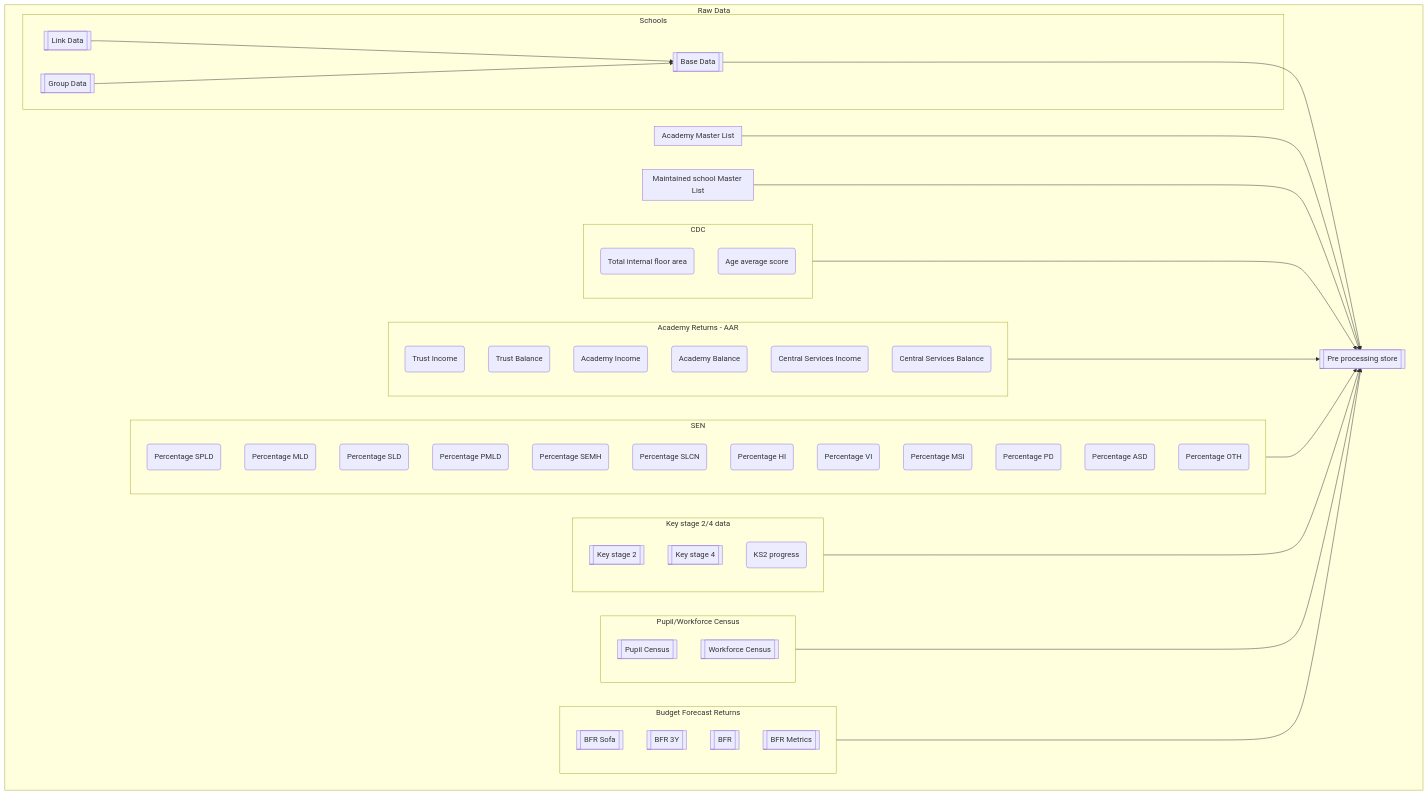
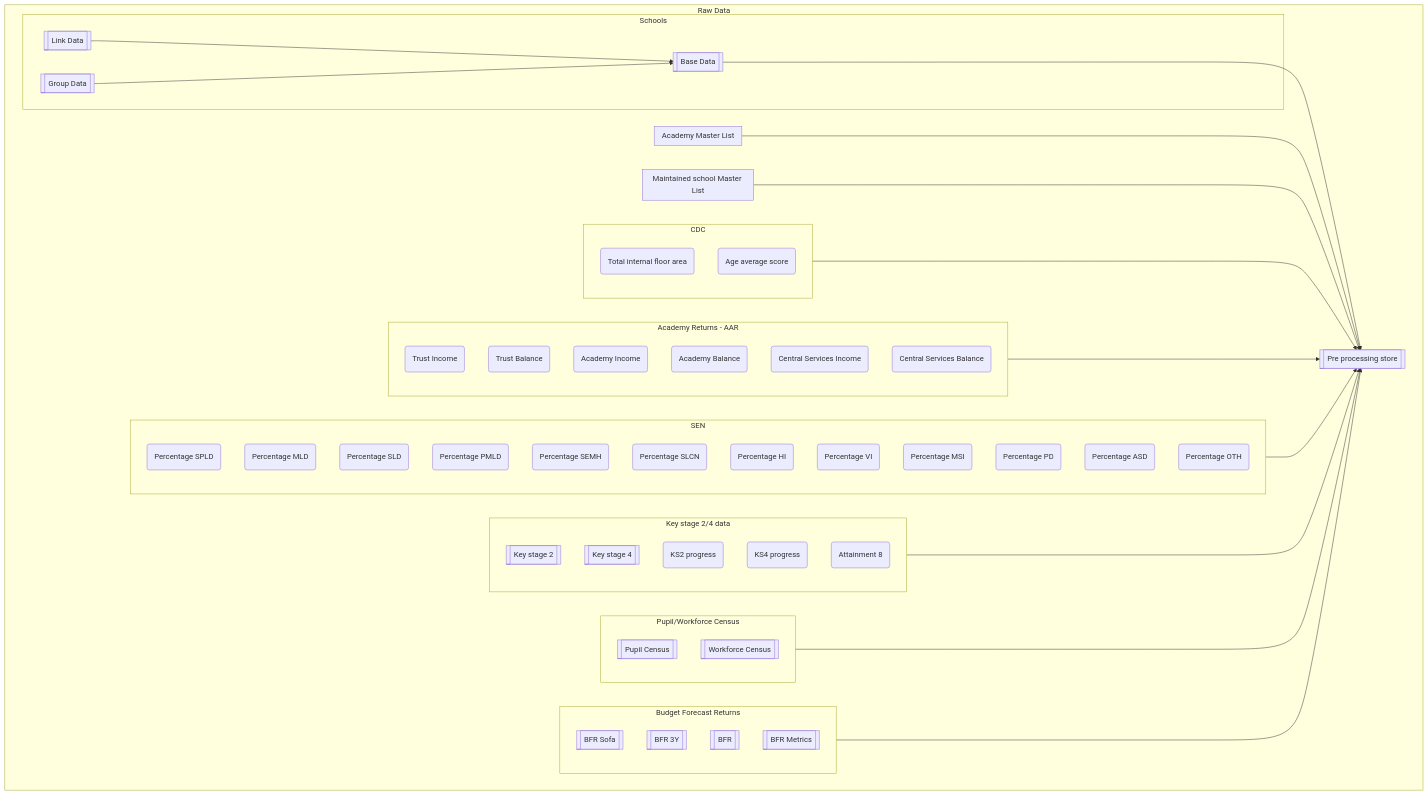
Before and after one commit to DFE-Digital/education-benchmarking-and-insights: the second of 7 diagrams in docs/content/explanation/processing.md, drawn with Mermaid. The commit also changed other lines of this file and 16 other files, not shown here.

````diff
--- a/docs/content/explanation/processing.md
+++ b/docs/content/explanation/processing.md
@@ -82,80 +82,82 @@
 ```mermaid
 flowchart TD
     ppstore[["Pre processing store"]]
 
     subgraph raw [Raw Data]
         subgraph cdc [CDC]
             tifa_income("Total internal floor area")
             aas_balance("Age average score")
         end
 
         subgraph GIAS [Schools]
             gias[["Base Data"]]
             links[["Link Data"]]
             fed[["Group Data"]]
 
             links --> gias
             fed --> gias
         end
 
         subgraph AML [Academy Master List]
         end
 
         subgraph MS [Maintained school Master List]
         end
 
         subgraph aar [Academy Returns - AAR]
             trust_income("Trust Income")
             trust_balance("Trust Balance")
             acad_income("Academy Income")
             acad_balance("Academy Balance")
             cs_income("Central Services Income")
             cs_balance("Central Services Balance")
         end
 
         subgraph sen [SEN]
             spld("Percentage SEN")
             spld("Percentage SPLD")
             mld("Percentage MLD")
             sld("Percentage SLD")
             pmld("Percentage PMLD")
             semh("Percentage SEMH")
             slcn("Percentage SLCN")
             hi("Percentage HI")
             vi("Percentage VI")
             msi("Percentage MSI")
             pd("Percentage PD")
             asd("Percentage ASD")
             oth("Percentage OTH")
         end
 
         subgraph ks [Key stage 2/4 data]
             ks2[["Key stage 2"]]
             ks4[["Key stage 4"]]
 
             ks2prog("KS2 progress")
+            ks4prog("KS4 progress")
+            att8("Attainment 8")
         end
 
         subgraph census [Pupil/Workforce Census]
             pupil_census[["Pupil Census"]]
             wf_census[["Workforce Census"]]
         end
 
         subgraph bfr [Budget Forecast Returns]
             bfr_sofa[["BFR Sofa"]]
             bfr_3y[["BFR 3Y"]]
             bfr_bfr[["BFR"]]
             bfr_metrics[["BFR Metrics"]]
         end
 
         cdc --> ppstore
         gias --> ppstore
         AML --> ppstore
         MS --> ppstore
         aar --> ppstore
         sen --> ppstore
         ks --> ppstore
         census --> ppstore
         bfr --> ppstore
     end
 ```
````
